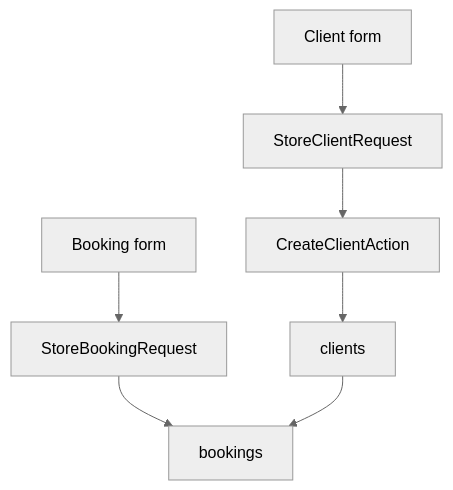
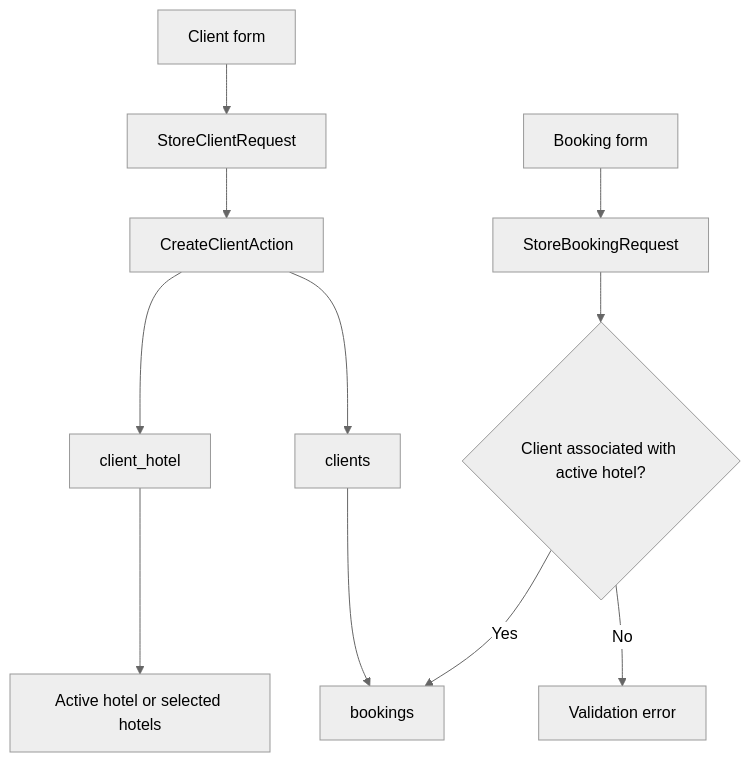
Before and after one commit to rifqyar/Head-Counter: the first of 6 diagrams in docs/BUSINESS_FLOW.md, drawn with Mermaid (neutral theme). The commit also changed other lines of this file and 78 other files, not shown here.

````diff
--- a/docs/BUSINESS_FLOW.md
+++ b/docs/BUSINESS_FLOW.md
@@ -5,9 +5,13 @@
 ```mermaid
 flowchart TD
     ClientForm[Client form] --> ValidateClient[StoreClientRequest]
     ValidateClient --> CreateClient[CreateClientAction]
     CreateClient --> Client[clients]
+    CreateClient --> Association[client_hotel]
+    Association --> Hotel[Active hotel or selected hotels]
     BookingForm[Booking form] --> ValidateBooking[StoreBookingRequest]
-    ValidateBooking --> Booking[bookings]
+    ValidateBooking --> ScopedClient{Client associated with active hotel?}
+    ScopedClient -->|No| Reject[Validation error]
+    ScopedClient -->|Yes| Booking[bookings]
     Client --> Booking
 ```
````
